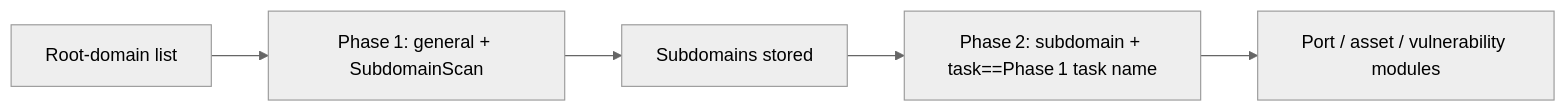
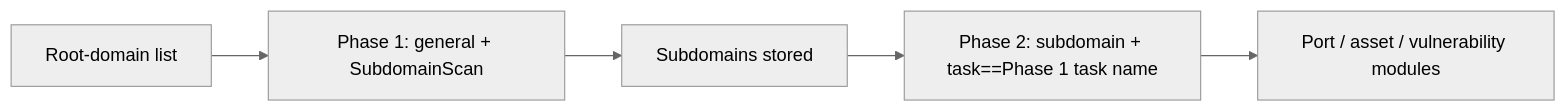
The diagram in skills/scopesentry/SKILL.md (trhhubsd/ARTEX-EN), drawn with Mermaid (neutral theme) before and after one commit. The commit also changed other lines of this file and 73 other files, not shown here.

````diff
--- a/skills/scopesentry/SKILL.md
+++ b/skills/scopesentry/SKILL.md
@@ -160,7 +160,7 @@
 ```mermaid
 flowchart LR
-    A[Root‑domain list] --> B[Phase 1: general + SubdomainScan]
+    A[Root-domain list] --> B[Phase 1: general + SubdomainScan]
     B --> C[Subdomains stored]
-    C --> D[Phase 2: subdomain + task==Phase 1 task name]
+    C --> D[Phase 2: subdomain + task==Phase 1 task name]
     D --> E[Port / asset / vulnerability modules]
 ```
````
